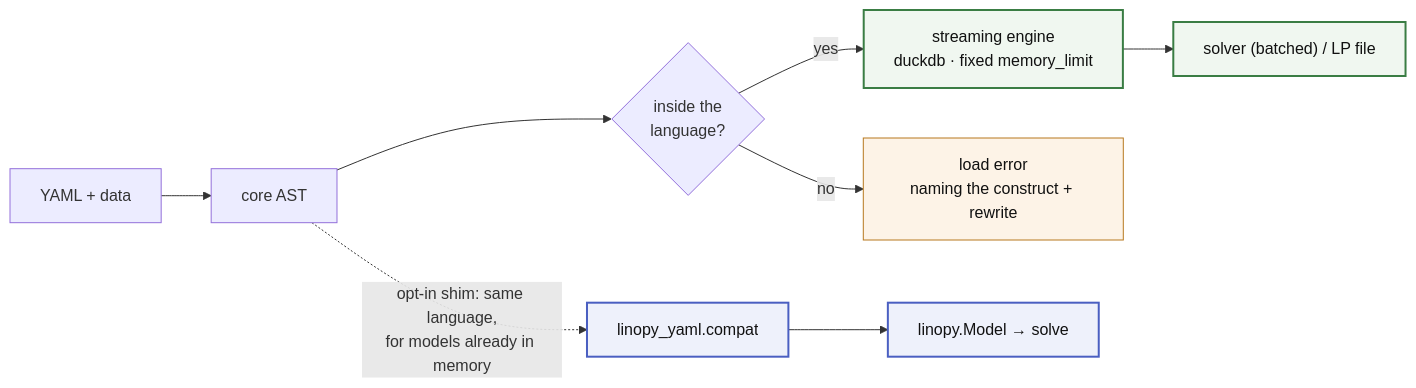
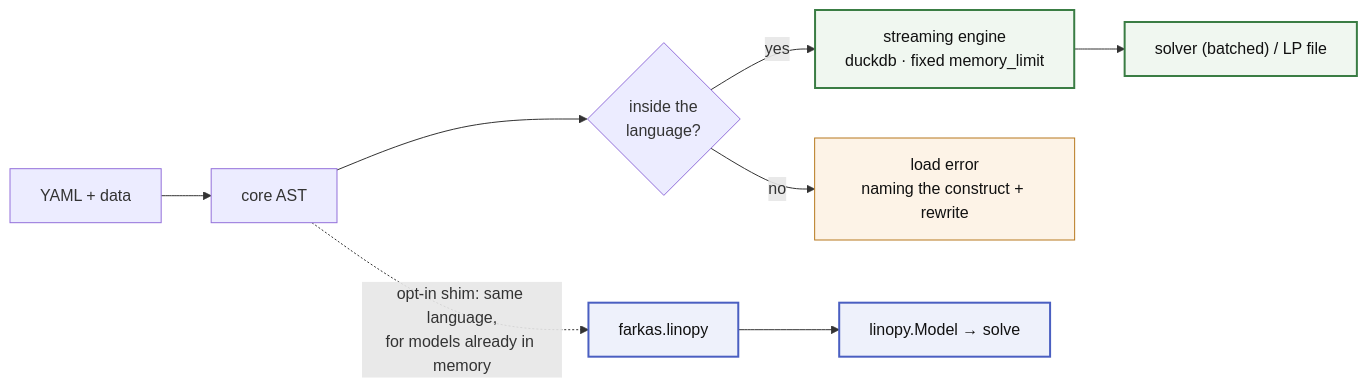
One commit to FBumann/farkas changed the diagram in README.md. Above: the diagram before and after it, drawn with Mermaid. The commit also changed other lines of this file and 67 other files, not shown here.

````diff
--- a/README.md
+++ b/README.md
@@ -15,17 +15,17 @@
 ```mermaid
 flowchart LR
     Y["YAML + data"] --> AST["core AST"]
     AST --> R{"inside the<br/>language?"}
     R -->|"yes"| S["streaming engine<br/>duckdb · fixed memory_limit"]
     S --> OUT["solver (batched) / LP file"]
     R -->|"no"| ERR["load error<br/>naming the construct + rewrite"]
-    AST -.->|"opt-in shim: same language,<br/>for models already in memory"| E["linopy_yaml.compat"]
+    AST -.->|"opt-in shim: same language,<br/>for models already in memory"| E["farkas.linopy"]
     E --> LS["linopy.Model → solve"]
 
     classDef stream fill:#f0f7f0,stroke:#3a7d44,stroke-width:2px,color:#111
-    classDef compat fill:#eef1fb,stroke:#4a5fc1,stroke-width:2px,color:#111
+    classDef linopylane fill:#eef1fb,stroke:#4a5fc1,stroke-width:2px,color:#111
     class S,OUT stream
-    class E,LS compat
+    class E,LS linopylane
     class ERR err
     classDef err fill:#fdf3e7,stroke:#b7791f,color:#111
 ```
````
